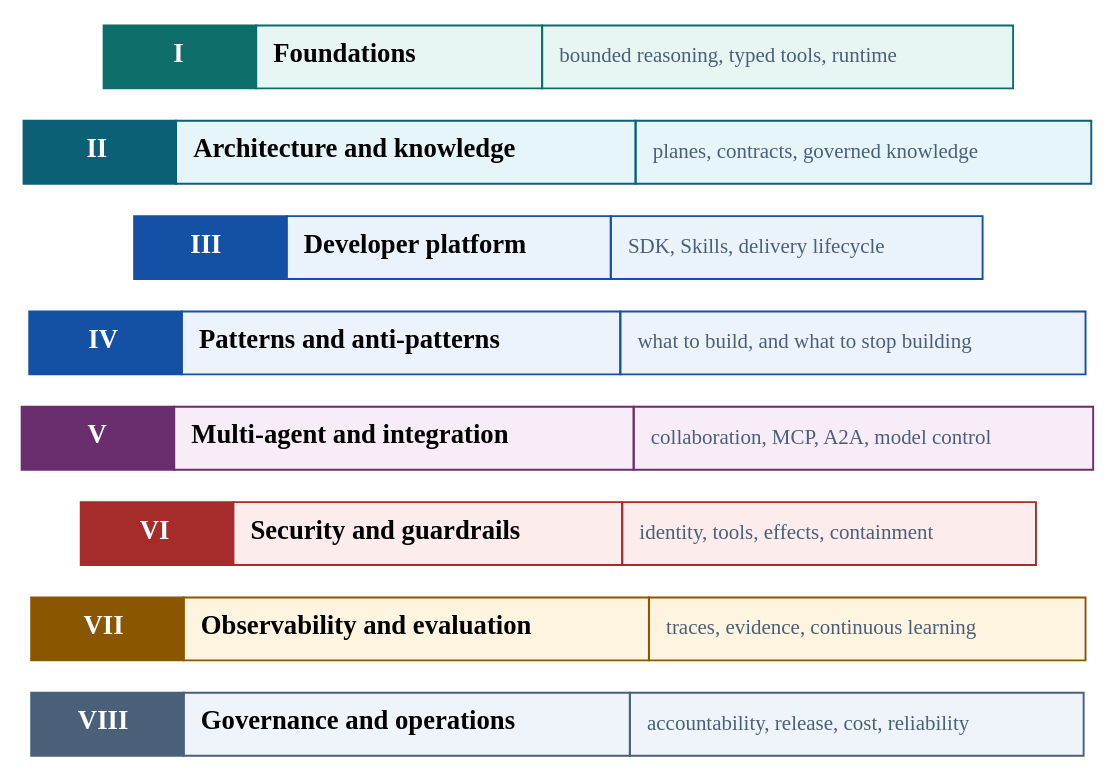
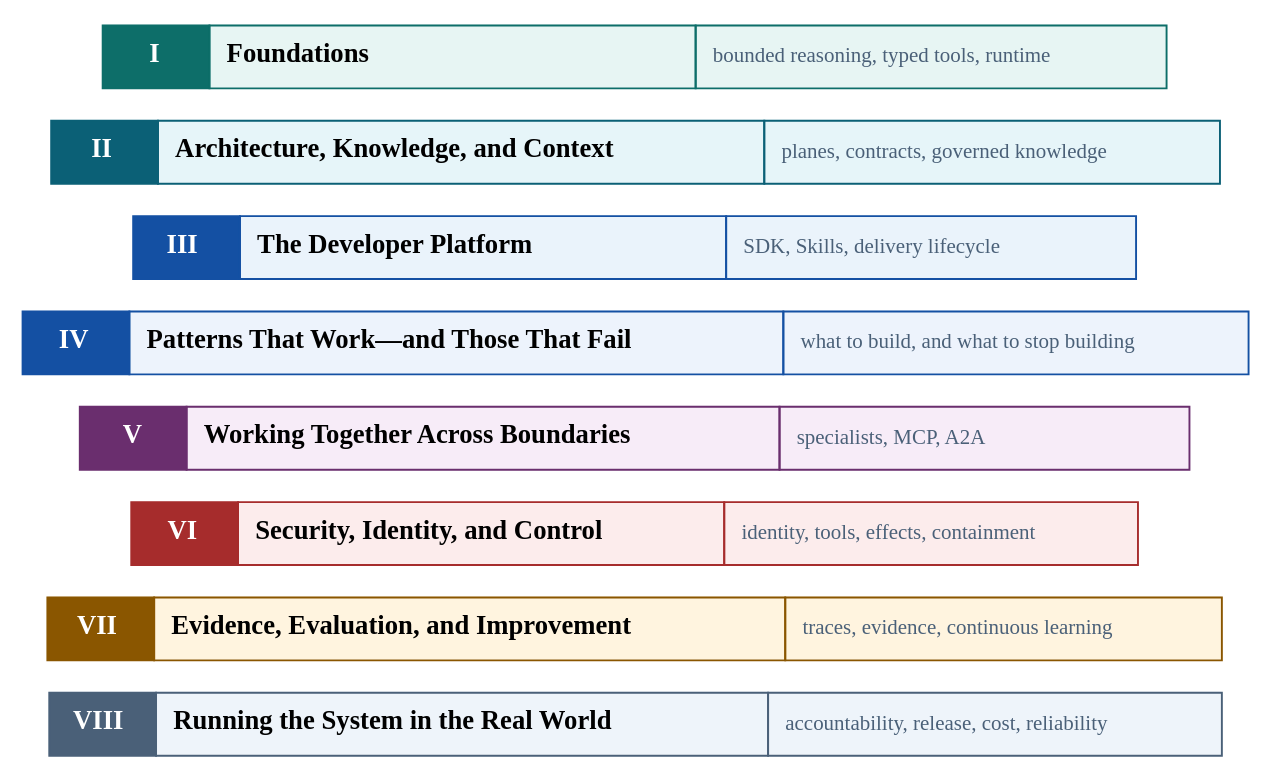
One commit to rrahimi-uci/building-enterprise-general-intelligence changed the diagram in assets/diagrams/src/book-map.gv. Above: the diagram before and after it, drawn with Graphviz. The commit also changed 37 other files, not shown here.

```diff
--- a/assets/diagrams/src/book-map.gv
+++ b/assets/diagrams/src/book-map.gv
@@ -1,43 +1,43 @@
 // Figure 0-1 — Narrative map from foundations to production operations.
 // Message: the book is one argument, read in order. Each Part supplies what the
 // next one assumes, and the reader paths differ only in where they stop.
 digraph book_map {
   rankdir = TB
   graph [ranksep=0.20]
   node [shape=plaintext, style="", margin=0]
   edge [style=invis]
 
   p1 [label=<<TABLE BORDER="0" CELLBORDER="1" CELLSPACING="0" CELLPADDING="8" COLOR="#0D6E69" BGCOLOR="#E7F5F3">
-     <TR><TD WIDTH="80" BGCOLOR="#0D6E69" ALIGN="CENTER"><FONT COLOR="white"><B>I</B></FONT></TD>
-         <TD WIDTH="150" ALIGN="LEFT"><B>Foundations</B></TD>
-         <TD WIDTH="195" ALIGN="LEFT"><FONT POINT-SIZE="11" COLOR="#4A6078">bounded reasoning, typed tools, runtime</FONT></TD></TR></TABLE>>]
+     <TR><TD WIDTH="56" BGCOLOR="#0D6E69" ALIGN="CENTER"><FONT COLOR="white"><B>I</B></FONT></TD>
+         <TD WIDTH="255" ALIGN="LEFT"><B>Foundations</B></TD>
+         <TD WIDTH="215" ALIGN="LEFT"><FONT POINT-SIZE="11" COLOR="#4A6078">bounded reasoning, typed tools, runtime</FONT></TD></TR></TABLE>>]
   p2 [label=<<TABLE BORDER="0" CELLBORDER="1" CELLSPACING="0" CELLPADDING="8" COLOR="#0B6076" BGCOLOR="#E6F5F9">
-     <TR><TD WIDTH="80" BGCOLOR="#0B6076" ALIGN="CENTER"><FONT COLOR="white"><B>II</B></FONT></TD>
-         <TD WIDTH="150" ALIGN="LEFT"><B>Architecture and knowledge</B></TD>
-         <TD WIDTH="195" ALIGN="LEFT"><FONT POINT-SIZE="11" COLOR="#4A6078">planes, contracts, governed knowledge</FONT></TD></TR></TABLE>>]
+     <TR><TD WIDTH="56" BGCOLOR="#0B6076" ALIGN="CENTER"><FONT COLOR="white"><B>II</B></FONT></TD>
+         <TD WIDTH="255" ALIGN="LEFT"><B>Architecture, Knowledge, and Context</B></TD>
+         <TD WIDTH="215" ALIGN="LEFT"><FONT POINT-SIZE="11" COLOR="#4A6078">planes, contracts, governed knowledge</FONT></TD></TR></TABLE>>]
   p3 [label=<<TABLE BORDER="0" CELLBORDER="1" CELLSPACING="0" CELLPADDING="8" COLOR="#1450A3" BGCOLOR="#EAF3FB">
-     <TR><TD WIDTH="80" BGCOLOR="#1450A3" ALIGN="CENTER"><FONT COLOR="white"><B>III</B></FONT></TD>
-         <TD WIDTH="150" ALIGN="LEFT"><B>Developer platform</B></TD>
-         <TD WIDTH="195" ALIGN="LEFT"><FONT POINT-SIZE="11" COLOR="#4A6078">SDK, Skills, delivery lifecycle</FONT></TD></TR></TABLE>>]
+     <TR><TD WIDTH="56" BGCOLOR="#1450A3" ALIGN="CENTER"><FONT COLOR="white"><B>III</B></FONT></TD>
+         <TD WIDTH="255" ALIGN="LEFT"><B>The Developer Platform</B></TD>
+         <TD WIDTH="215" ALIGN="LEFT"><FONT POINT-SIZE="11" COLOR="#4A6078">SDK, Skills, delivery lifecycle</FONT></TD></TR></TABLE>>]
   p4 [label=<<TABLE BORDER="0" CELLBORDER="1" CELLSPACING="0" CELLPADDING="8" COLOR="#1450A3" BGCOLOR="#EDF3FC">
-     <TR><TD WIDTH="80" BGCOLOR="#1450A3" ALIGN="CENTER"><FONT COLOR="white"><B>IV</B></FONT></TD>
-         <TD WIDTH="150" ALIGN="LEFT"><B>Patterns and anti-patterns</B></TD>
-         <TD WIDTH="195" ALIGN="LEFT"><FONT POINT-SIZE="11" COLOR="#4A6078">what to build, and what to stop building</FONT></TD></TR></TABLE>>]
+     <TR><TD WIDTH="56" BGCOLOR="#1450A3" ALIGN="CENTER"><FONT COLOR="white"><B>IV</B></FONT></TD>
+         <TD WIDTH="255" ALIGN="LEFT"><B>Patterns That Work—and Those That Fail</B></TD>
+         <TD WIDTH="215" ALIGN="LEFT"><FONT POINT-SIZE="11" COLOR="#4A6078">what to build, and what to stop building</FONT></TD></TR></TABLE>>]
   p5 [label=<<TABLE BORDER="0" CELLBORDER="1" CELLSPACING="0" CELLPADDING="8" COLOR="#6A2E6E" BGCOLOR="#F7ECF8">
-     <TR><TD WIDTH="80" BGCOLOR="#6A2E6E" ALIGN="CENTER"><FONT COLOR="white"><B>V</B></FONT></TD>
-         <TD WIDTH="150" ALIGN="LEFT"><B>Multi-agent and integration</B></TD>
-         <TD WIDTH="195" ALIGN="LEFT"><FONT POINT-SIZE="11" COLOR="#4A6078">collaboration, MCP, A2A, model control</FONT></TD></TR></TABLE>>]
+     <TR><TD WIDTH="56" BGCOLOR="#6A2E6E" ALIGN="CENTER"><FONT COLOR="white"><B>V</B></FONT></TD>
+         <TD WIDTH="255" ALIGN="LEFT"><B>Working Together Across Boundaries</B></TD>
+         <TD WIDTH="215" ALIGN="LEFT"><FONT POINT-SIZE="11" COLOR="#4A6078">specialists, MCP, A2A</FONT></TD></TR></TABLE>>]
   p6 [label=<<TABLE BORDER="0" CELLBORDER="1" CELLSPACING="0" CELLPADDING="8" COLOR="#A62C2C" BGCOLOR="#FCECEC">
-     <TR><TD WIDTH="80" BGCOLOR="#A62C2C" ALIGN="CENTER"><FONT COLOR="white"><B>VI</B></FONT></TD>
-         <TD WIDTH="150" ALIGN="LEFT"><B>Security and guardrails</B></TD>
-         <TD WIDTH="195" ALIGN="LEFT"><FONT POINT-SIZE="11" COLOR="#4A6078">identity, tools, effects, containment</FONT></TD></TR></TABLE>>]
+     <TR><TD WIDTH="56" BGCOLOR="#A62C2C" ALIGN="CENTER"><FONT COLOR="white"><B>VI</B></FONT></TD>
+         <TD WIDTH="255" ALIGN="LEFT"><B>Security, Identity, and Control</B></TD>
+         <TD WIDTH="215" ALIGN="LEFT"><FONT POINT-SIZE="11" COLOR="#4A6078">identity, tools, effects, containment</FONT></TD></TR></TABLE>>]
   p7 [label=<<TABLE BORDER="0" CELLBORDER="1" CELLSPACING="0" CELLPADDING="8" COLOR="#8A5600" BGCOLOR="#FFF4DF">
-     <TR><TD WIDTH="80" BGCOLOR="#8A5600" ALIGN="CENTER"><FONT COLOR="white"><B>VII</B></FONT></TD>
-         <TD WIDTH="150" ALIGN="LEFT"><B>Observability and evaluation</B></TD>
-         <TD WIDTH="195" ALIGN="LEFT"><FONT POINT-SIZE="11" COLOR="#4A6078">traces, evidence, continuous learning</FONT></TD></TR></TABLE>>]
+     <TR><TD WIDTH="56" BGCOLOR="#8A5600" ALIGN="CENTER"><FONT COLOR="white"><B>VII</B></FONT></TD>
+         <TD WIDTH="255" ALIGN="LEFT"><B>Evidence, Evaluation, and Improvement</B></TD>
+         <TD WIDTH="215" ALIGN="LEFT"><FONT POINT-SIZE="11" COLOR="#4A6078">traces, evidence, continuous learning</FONT></TD></TR></TABLE>>]
   p8 [label=<<TABLE BORDER="0" CELLBORDER="1" CELLSPACING="0" CELLPADDING="8" COLOR="#4A6078" BGCOLOR="#EEF4FA">
-     <TR><TD WIDTH="80" BGCOLOR="#4A6078" ALIGN="CENTER"><FONT COLOR="white"><B>VIII</B></FONT></TD>
-         <TD WIDTH="150" ALIGN="LEFT"><B>Governance and operations</B></TD>
-         <TD WIDTH="195" ALIGN="LEFT"><FONT POINT-SIZE="11" COLOR="#4A6078">accountability, release, cost, reliability</FONT></TD></TR></TABLE>>]
+     <TR><TD WIDTH="56" BGCOLOR="#4A6078" ALIGN="CENTER"><FONT COLOR="white"><B>VIII</B></FONT></TD>
+         <TD WIDTH="255" ALIGN="LEFT"><B>Running the System in the Real World</B></TD>
+         <TD WIDTH="215" ALIGN="LEFT"><FONT POINT-SIZE="11" COLOR="#4A6078">accountability, release, cost, reliability</FONT></TD></TR></TABLE>>]
   p1 -> p2 -> p3 -> p4 -> p5 -> p6 -> p7 -> p8
 }
```
